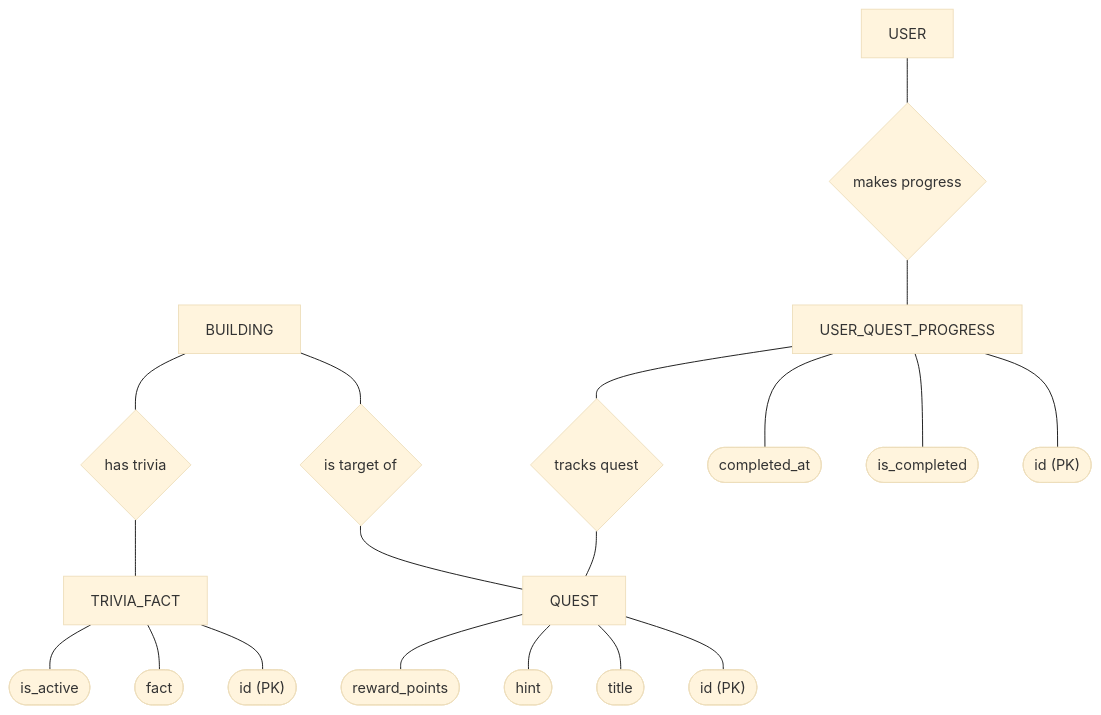
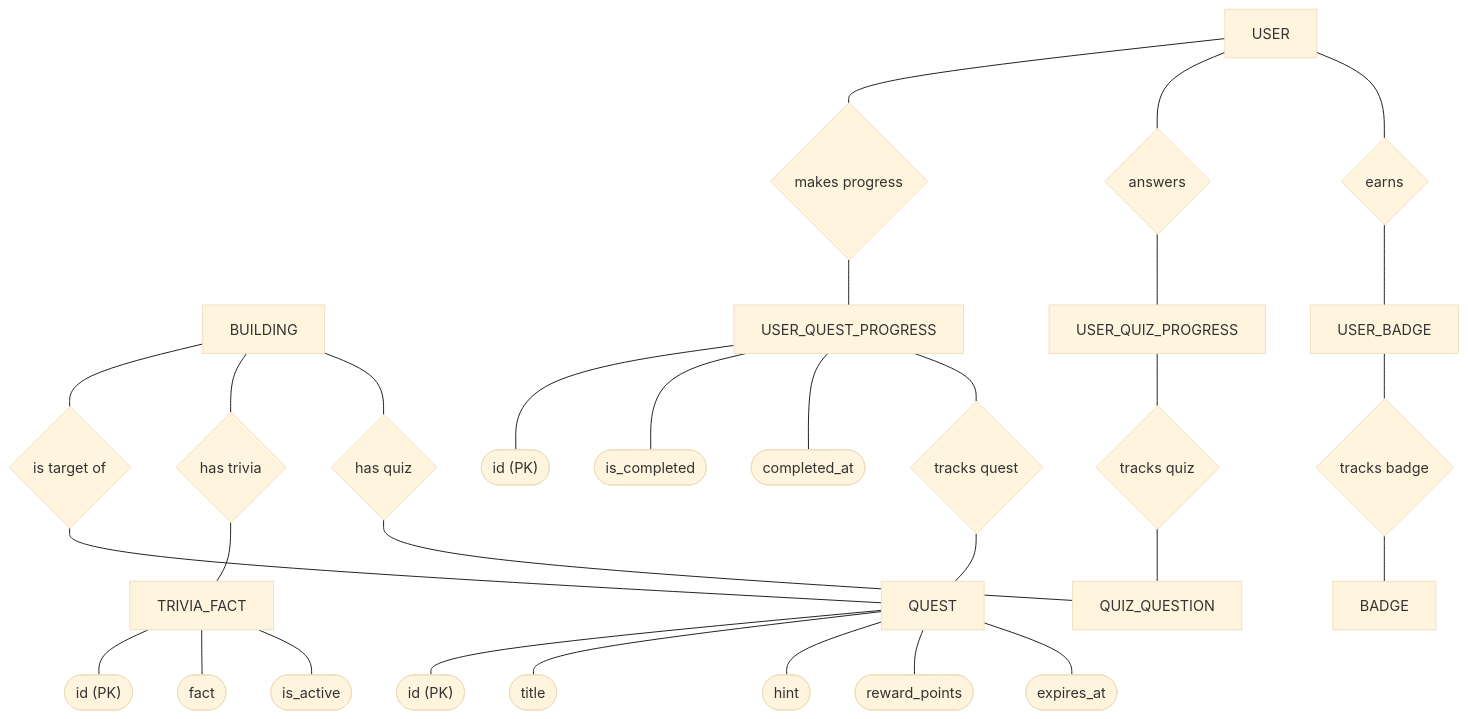
Before and after one commit to Cipher-Syntax/ARQuest: the third of 5 diagrams in erd-model.md, drawn with Mermaid (base theme). The commit also changed other lines of this file and 6 other files, not shown here.

````diff
--- a/erd-model.md
+++ b/erd-model.md
@@ -173,52 +177,68 @@
 ```mermaid
 flowchart TD
     %% External Entity Ref
     USER["USER"]
     BLDG["BUILDING"]
 
     %% Entities
     QUEST["QUEST"]
     PROG["USER_QUEST_PROGRESS"]
     TRIVIA["TRIVIA_FACT"]
+    QUIZ["QUIZ_QUESTION"]
+    Q_PROG["USER_QUIZ_PROGRESS"]
+    BADGE["BADGE"]
+    B_PROG["USER_BADGE"]
 
     %% Relationships
     target{"is target of"}
     hosts{"has trivia"}
+    hosts_quiz{"has quiz"}
     makes{"makes progress"}
     tracks{"tracks quest"}
+    makes_q{"answers"}
+    tracks_q{"tracks quiz"}
+    earns{"earns"}
+    tracks_b{"tracks badge"}
 
     %% Attributes - Quest
     q_id(["id (PK)"])
     q_title(["title"])
     q_hint(["hint"])
     q_pts(["reward_points"])
+    q_exp(["expires_at"])
 
     QUEST --- q_id
     QUEST --- q_title
     QUEST --- q_hint
     QUEST --- q_pts
+    QUEST --- q_exp
 
     %% Attributes - Progress
     p_id(["id (PK)"])
     p_comp(["is_completed"])
     p_at(["completed_at"])
 
     PROG --- p_id
     PROG --- p_comp
     PROG --- p_at
 
     %% Attributes - Trivia
     t_id(["id (PK)"])
     t_fact(["fact"])
     t_act(["is_active"])
 
     TRIVIA --- t_id
     TRIVIA --- t_fact
     TRIVIA --- t_act
 
     %% Structure
     BLDG --- target --- QUEST
     BLDG --- hosts --- TRIVIA
+    BLDG --- hosts_quiz --- QUIZ
     USER --- makes --- PROG
     PROG --- tracks --- QUEST
+    USER --- makes_q --- Q_PROG
+    Q_PROG --- tracks_q --- QUIZ
+    USER --- earns --- B_PROG
+    B_PROG --- tracks_b --- BADGE
 ```
````
